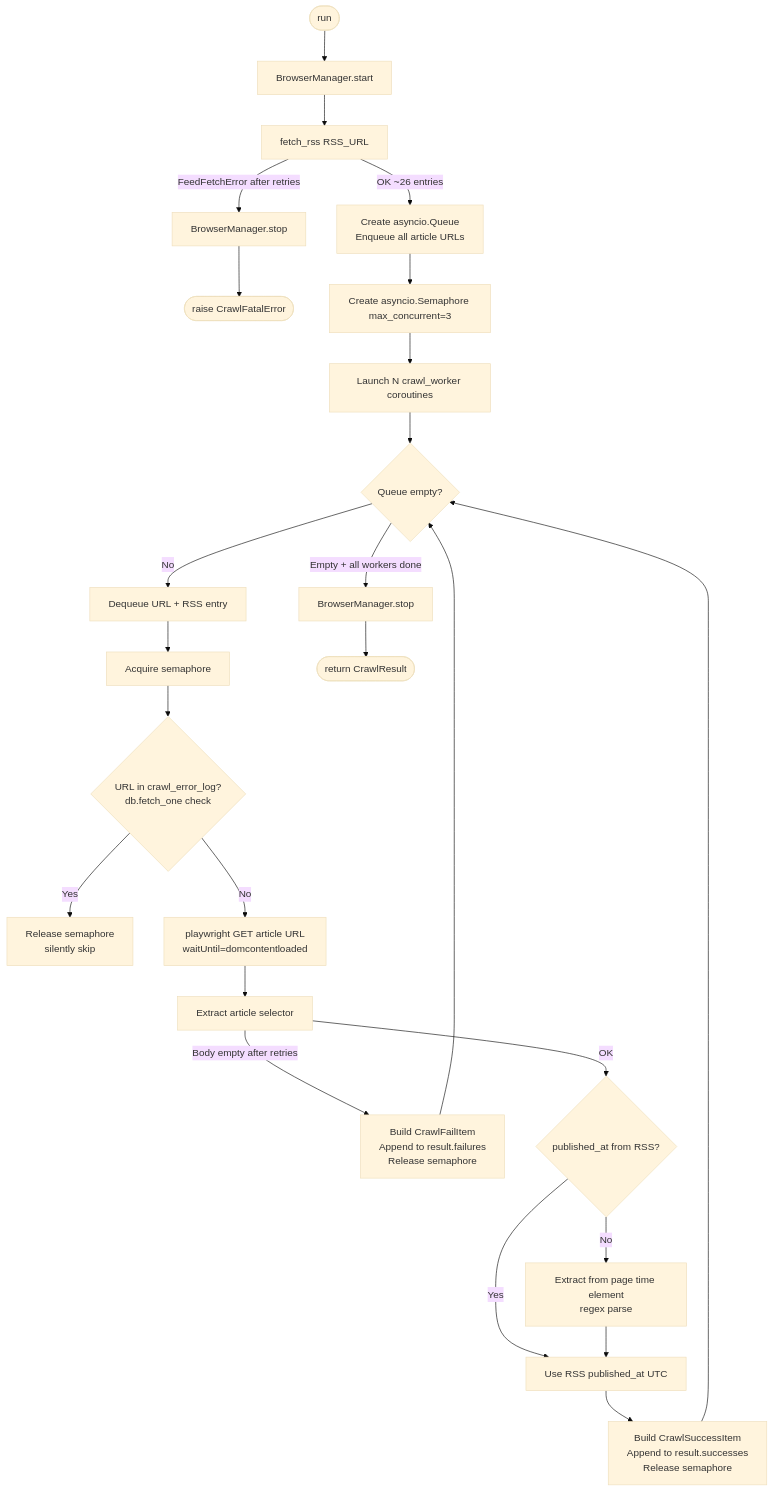
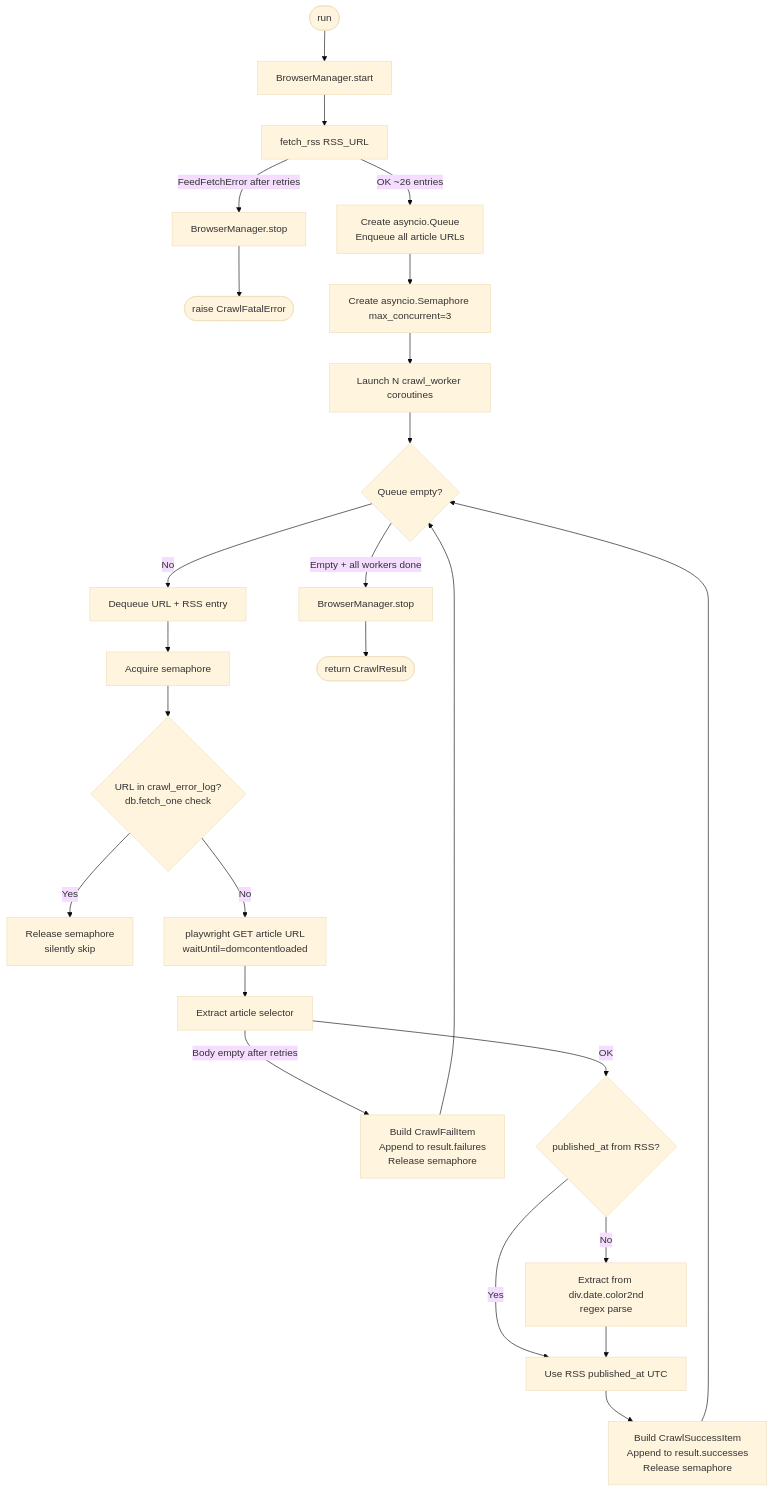
The seventh of 11 diagrams in stock-assistant-data-ingestion/docs/implementation.md (mars-xiaoyi/wealthfinder), drawn with Mermaid (base theme) before and after one commit. The commit also changed other lines of this file and 21 other files, not shown here.

````diff
--- a/stock-assistant-data-ingestion/docs/implementation.md
+++ b/stock-assistant-data-ingestion/docs/implementation.md
@@ -1285,26 +1291,26 @@
 ```mermaid
 flowchart TD
     A([run]) --> START[BrowserManager.start]
     START --> B[fetch_rss RSS_URL]
     B -->|FeedFetchError after retries| C[BrowserManager.stop]
     C --> C2([raise CrawlFatalError])
     B -->|OK ~26 entries| D[Create asyncio.Queue\nEnqueue all article URLs]
     D --> E[Create asyncio.Semaphore max_concurrent=3]
     E --> F[Launch N crawl_worker coroutines]
     F --> G{Queue empty?}
     G -->|No| H[Dequeue URL + RSS entry]
     H --> I[Acquire semaphore]
     I --> J{URL in crawl_error_log?\ndb.fetch_one check}
     J -->|Yes| SKIP[Release semaphore\nsilently skip]
     J -->|No| JJ[playwright GET article URL\nwaitUntil=domcontentloaded]
     JJ --> K[Extract article selector]
     K -->|Body empty after retries| L[Build CrawlFailItem\nAppend to result.failures\nRelease semaphore]
     K -->|OK| M{published_at from RSS?}
-    M -->|No| N[Extract from page time element\nregex parse]
+    M -->|No| N[Extract from div.date.color2nd\nregex parse]
     M -->|Yes| O[Use RSS published_at UTC]
     N --> O
     O --> P[Build CrawlSuccessItem\nAppend to result.successes\nRelease semaphore]
     L & P --> G
     G -->|Empty + all workers done| S[BrowserManager.stop]
     S --> T([return CrawlResult])
 ```
````
